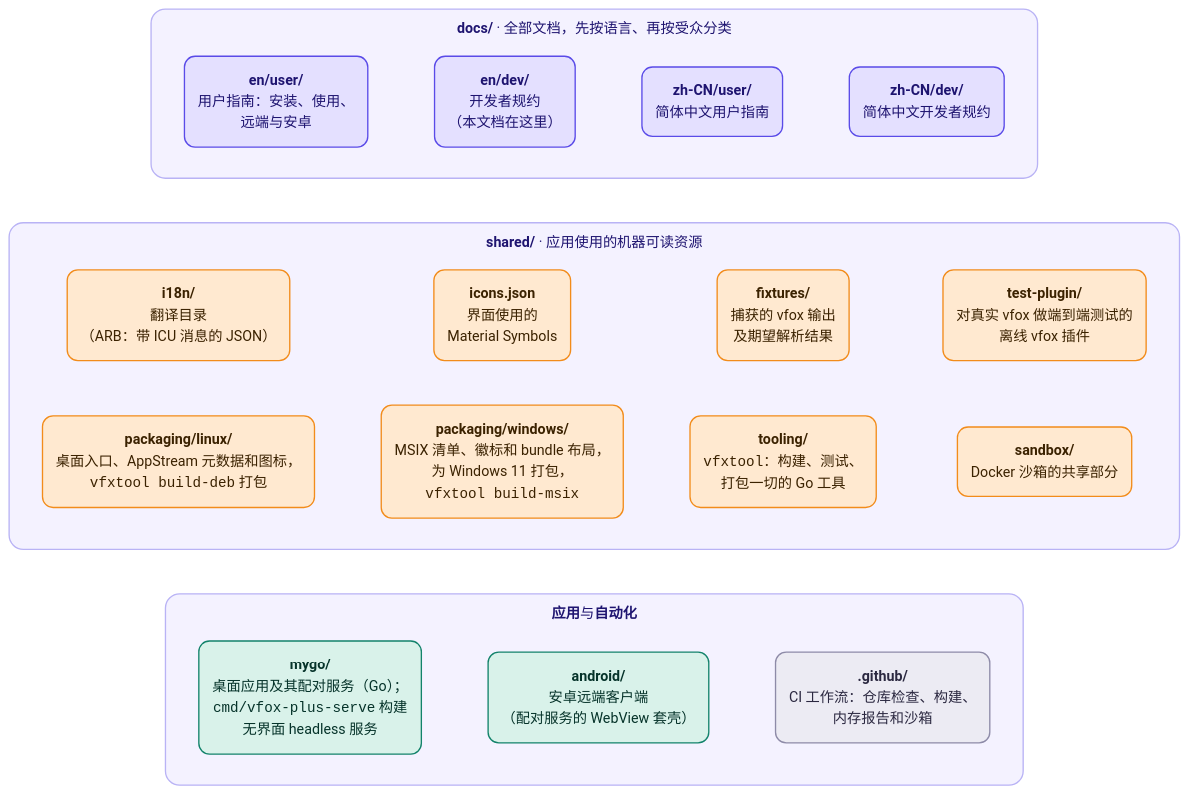
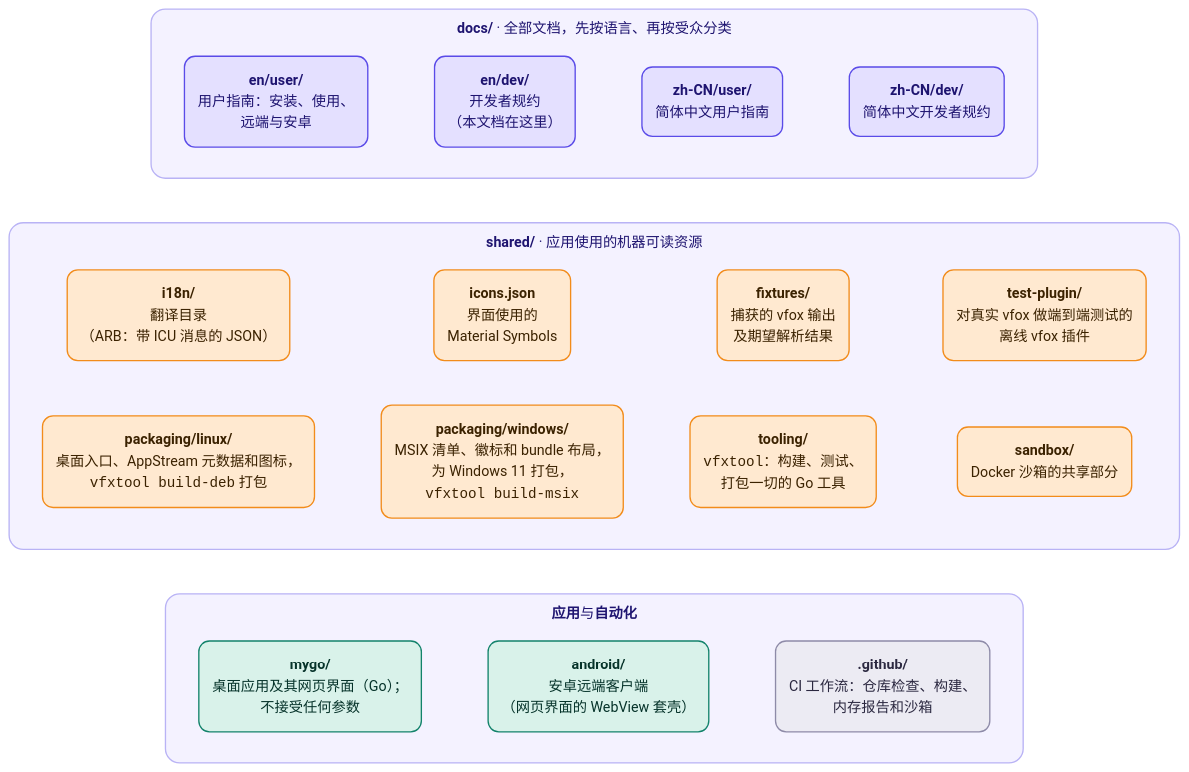
One commit to version-fox/vfox-plus changed the first of 4 diagrams in docs/zh-CN/dev/architecture.md. Above: the diagram before and after it, drawn with Mermaid. The commit also changed other lines of this file and 145 other files, not shown here.

First line of the commit message:
Make vfox+ a GUI-only application, with the web interface, the lightweight mode and an icon in the tray as settings

````diff
--- a/docs/zh-CN/dev/architecture.md
+++ b/docs/zh-CN/dev/architecture.md
@@ -12,51 +12,51 @@
 ```mermaid
 ---
 config:
   theme: base
   themeVariables:
     fontFamily: "system-ui, -apple-system, 'Segoe UI', 'Noto Sans', 'Noto Sans CJK SC', 'PingFang SC', 'Microsoft YaHei', sans-serif"
     lineColor: "#7C79A8"
     primaryColor: "#FFE9D0"
     primaryBorderColor: "#F28C1B"
     primaryTextColor: "#3B2200"
     clusterBkg: "#F4F2FF"
     clusterBorder: "#B9B3F5"
     titleColor: "#1E1470"
     edgeLabelBackground: "#FFFFFF"
   flowchart:
     curve: basis
     wrappingWidth: 320
     subGraphTitleMargin:
       top: 10
       bottom: 8
 ---
 flowchart TB
     accTitle: 仓库布局
     accDescr: docs 存放文档，shared 存放应用使用的资源，mygo 与 android 是应用，.github 是 CI 工作流。
     subgraph docs["<b>docs/</b> · 全部文档，先按语言、再按受众分类"]
         direction LR
         d1("<b>en/user/</b><br/>用户指南：安装、使用、<br/>远端与安卓") ~~~ d2("<b>en/dev/</b><br/>开发者规约<br/>（本文档在这里）") ~~~ d3("<b>zh-CN/user/</b><br/>简体中文用户指南") ~~~ d4("<b>zh-CN/dev/</b><br/>简体中文开发者规约")
     end
     subgraph shared["<b>shared/</b> · 应用使用的机器可读资源"]
         direction LR
         s1("<b>i18n/</b><br/>翻译目录<br/>（ARB：带 ICU 消息的 JSON）") ~~~ s2("<b>icons.json</b><br/>界面使用的<br/>Material Symbols") ~~~ s3("<b>fixtures/</b><br/>捕获的 vfox 输出<br/>及期望解析结果") ~~~ s4("<b>test-plugin/</b><br/>对真实 vfox 做端到端测试的<br/>离线 vfox 插件")
         s5("<b>packaging/linux/</b><br/>桌面入口、AppStream 元数据和图标，<br/><code>vfxtool build-deb</code> 打包") ~~~ s6("<b>packaging/windows/</b><br/>MSIX 清单、徽标和 bundle 布局，<br/>为 Windows 11 打包，<br/><code>vfxtool build-msix</code>") ~~~ s7("<b>tooling/</b><br/><code>vfxtool</code>：构建、测试、<br/>打包一切的 Go 工具") ~~~ s8("<b>sandbox/</b><br/>Docker 沙箱的共享部分")
     end
     subgraph code["<b>应用</b>与<b>自动化</b>"]
         direction LR
-        m("<b>mygo/</b><br/>桌面应用及其配对服务（Go）；<br/><code>cmd/vfox-plus-serve</code> 构建<br/>无界面 headless 服务") ~~~ a("<b>android/</b><br/>安卓远端客户端<br/>（配对服务的 WebView 套壳）") ~~~ g("<b>.github/</b><br/>CI 工作流：仓库检查、构建、<br/>内存报告和沙箱")
+        m("<b>mygo/</b><br/>桌面应用及其网页界面（Go）；<br/>不接受任何参数") ~~~ a("<b>android/</b><br/>安卓远端客户端<br/>（网页界面的 WebView 套壳）") ~~~ g("<b>.github/</b><br/>CI 工作流：仓库检查、构建、<br/>内存报告和沙箱")
     end
     docs ~~~ shared ~~~ code
 
     classDef docs fill:#E4E0FF,stroke:#5A4BE8,color:#1E1470,stroke-width:1.5px,rx:12,ry:12
     classDef shared fill:#FFE9D0,stroke:#F28C1B,color:#3B2200,stroke-width:1.5px,rx:12,ry:12
     classDef app fill:#D9F2EA,stroke:#13836B,color:#06332A,stroke-width:1.5px,rx:12,ry:12
     classDef ci fill:#ECEBF3,stroke:#8E8BA8,color:#2B2840,stroke-width:1.5px,rx:12,ry:12
     class d1,d2,d3,d4 docs
     class s1,s2,s3,s4,s5,s6,s7,s8 shared
     class m,a app
     class g ci
     style docs fill:#F4F2FF,stroke:#B9B3F5,stroke-width:1.5px,rx:16,ry:16
     style shared fill:#F4F2FF,stroke:#B9B3F5,stroke-width:1.5px,rx:16,ry:16
     style code fill:#F4F2FF,stroke:#B9B3F5,stroke-width:1.5px,rx:16,ry:16
 ```
````
